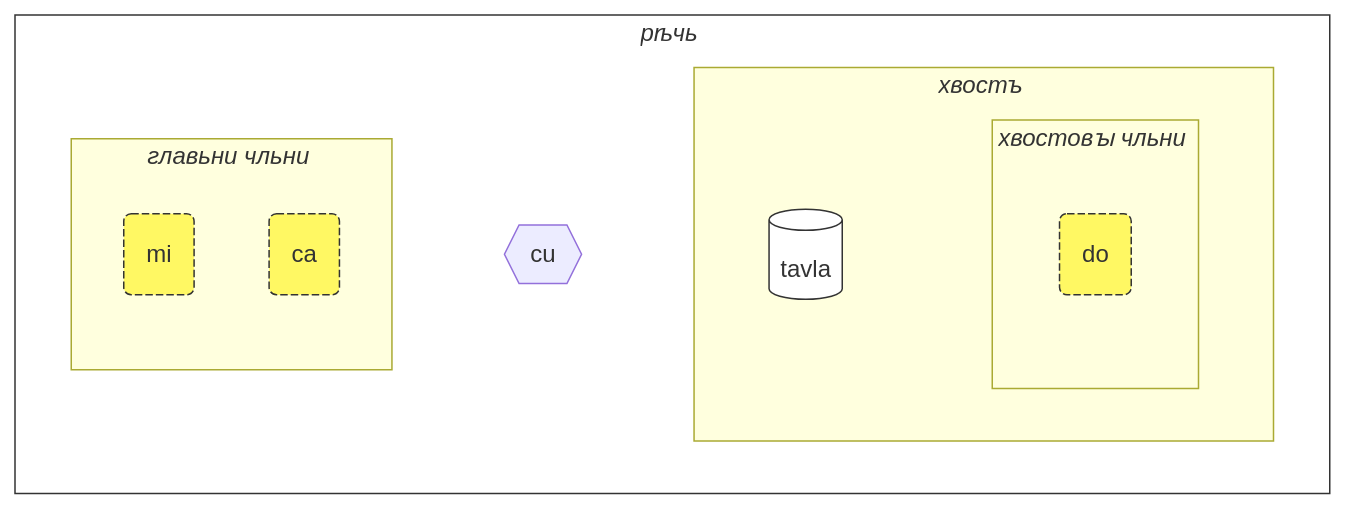
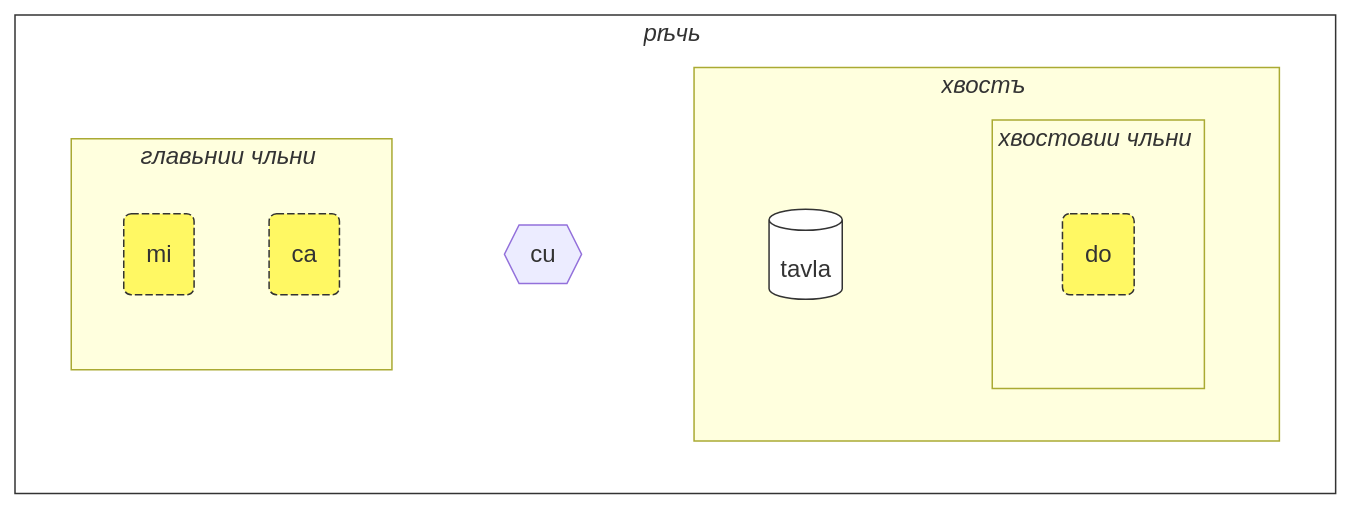
One commit to La-Lojban/lojban.pw changed the first of 2 diagrams in data/pages/orv/books/learn-lojban/1.md. Above: the diagram before and after it, drawn with Mermaid. The commit also changed other lines of this file and 13 other files, not shown here.

````diff
--- a/data/pages/orv/books/learn-lojban/1.md
+++ b/data/pages/orv/books/learn-lojban/1.md
@@ -178,40 +178,40 @@
 ```mermaid
 flowchart LR
     %% common structure:
     subgraph sentence["<i>рѣчь</i>#nbsp;"]
         direction LR
         head-terms
         cu{{"cu"}}
         tail
     end
     head-terms ~~~ cu ~~~ tail
     subgraph tail["<i>хвостъ</i>#nbsp;"]
         direction LR
         selbri ~~~ tail-terms
     end
     %%  semi-automated
-    subgraph head-terms["<i>главьни чльни</i>#nbsp;"]
+    subgraph head-terms["<i>главьнии чльни</i>#nbsp;"]
         t1
         t2
     end
-    subgraph tail-terms["<i>хвостовꙑ чльни</i>#nbsp;"]
+    subgraph tail-terms["<i>хвостовии чльни</i>#nbsp;"]
         tt3
         %% tt4
     end
     %%todo: automatically link all terms to selbri
 
     t1(mi)
     t2(ca)
     selbri[(tavla)]
     tt3(do)
     %% tt4["la .lojban."]
 
     classDef x fill:#FFF863,stroke:#333,stroke-width:1px,stroke-dasharray: 5 2;
     class t1 x;
     class t2 x;
     class tt3 x;
     classDef blabi fill:#fff,stroke:#333;
     class selbri blabi;
     class sentence blabi;
 
 ```
````
